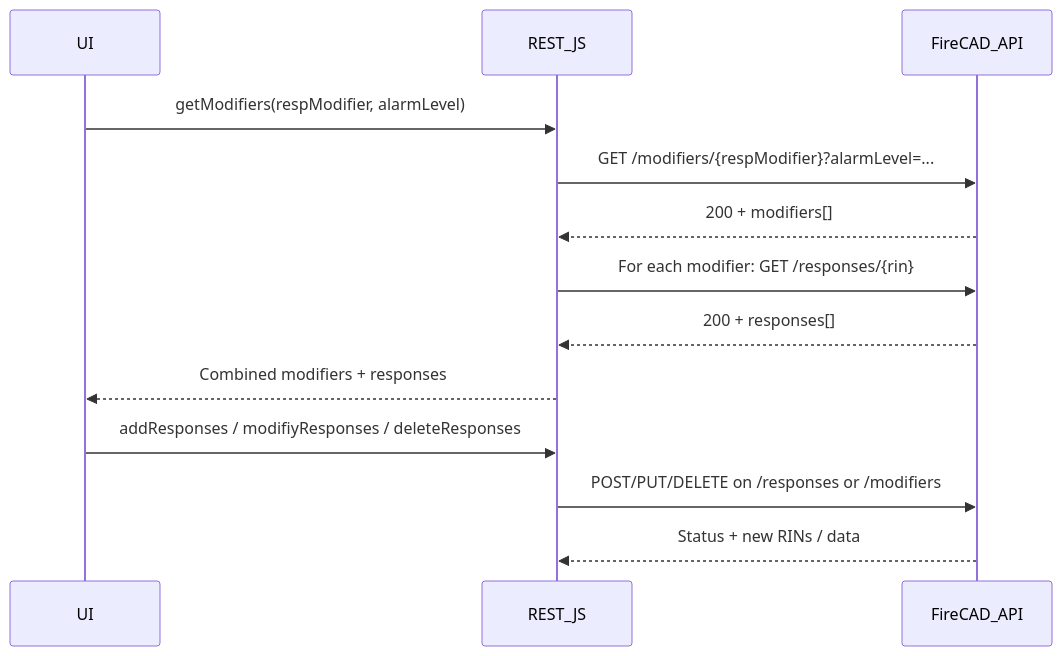
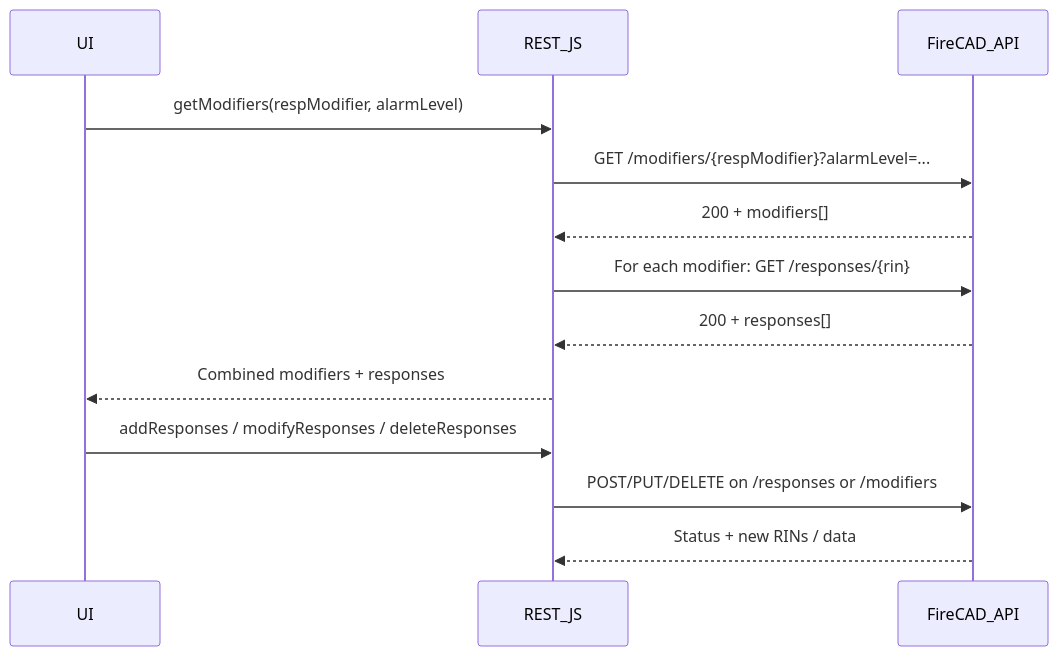
The fifth of 7 diagrams in docs/cad-communications.md (sramesh08/learning-linux-command-line-3005201), drawn with Mermaid before and after one commit. The commit also changed other lines of this file and 1 other file, not shown here.

Commit message:
Fix spelling errors in CAD Communications Guide

````diff
--- a/docs/cad-communications.md
+++ b/docs/cad-communications.md
@@ -170,15 +170,15 @@
 ```mermaid
 sequenceDiagram
 participant UI
 participant REST_JS
 participant FireCAD_API
 UI->>REST_JS: getModifiers(respModifier, alarmLevel)
 REST_JS->>FireCAD_API: GET /modifiers/{respModifier}?alarmLevel=...
 FireCAD_API-->>REST_JS: 200 + modifiers[]
 REST_JS->>FireCAD_API: For each modifier: GET /responses/{rin}
 FireCAD_API-->>REST_JS: 200 + responses[]
 REST_JS-->>UI: Combined modifiers + responses
-UI->>REST_JS: addResponses / modifiyResponses / deleteResponses
+UI->>REST_JS: addResponses / modifyResponses / deleteResponses
 REST_JS->>FireCAD_API: POST/PUT/DELETE on /responses or /modifiers
 FireCAD_API-->>REST_JS: Status + new RINs / data
 ```
````
